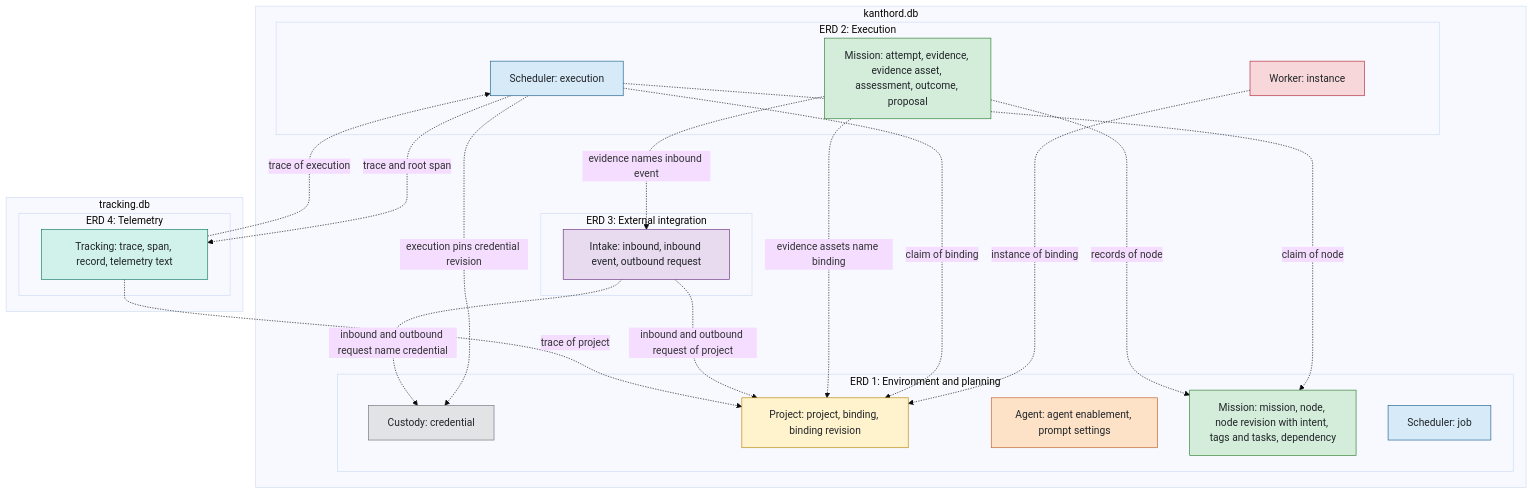
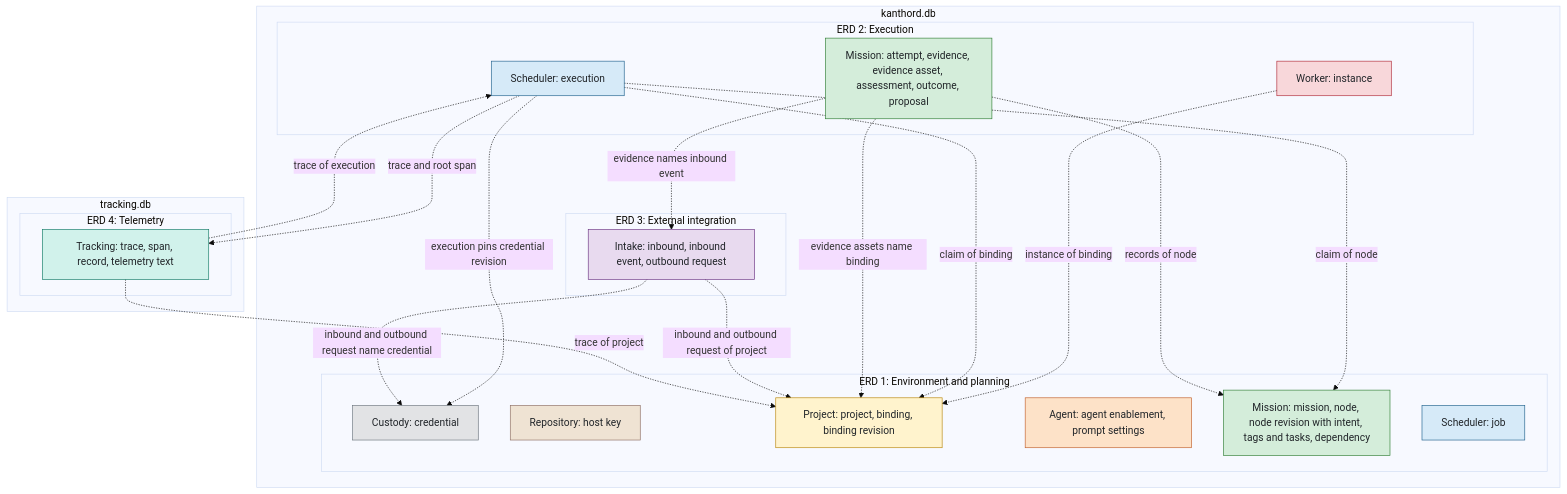
Before and after one commit to kanthorlabs/kanthord: the diagram in docs/reference/erd/README.md, drawn with Mermaid (base theme). The commit also changed other lines of this file and 2 other files, not shown here.

Commit message:
docs(erd): add the repository host key table

````diff
--- a/docs/reference/erd/README.md
+++ b/docs/reference/erd/README.md
@@ -32,58 +32,61 @@
 ```mermaid
 flowchart TB
     subgraph db1["kanthord.db"]
         subgraph v1["ERD 1: Environment and planning"]
             c1["Custody: credential"]
+            r1["Repository: host key"]
             p1["Project: project, binding, binding revision"]
             a1["Agent: agent enablement, prompt settings"]
             m1["Mission: mission, node, node revision with intent, tags and tasks, dependency"]
             s1["Scheduler: job"]
         end
         subgraph v2["ERD 2: Execution"]
             w2["Worker: instance"]
             s2["Scheduler: execution"]
             m2["Mission: attempt, evidence, evidence asset, assessment, outcome, proposal"]
         end
         subgraph v3["ERD 3: External integration"]
             i3["Intake: inbound, inbound event, outbound request"]
         end
     end
     subgraph db2["tracking.db"]
         subgraph v4["ERD 4: Telemetry"]
             t4["Tracking: trace, span, record, telemetry text"]
         end
     end
 
     w2 -.->|instance of binding| p1
     s2 -.->|claim of node| m1
     s2 -.->|claim of binding| p1
     s2 -.->|execution pins credential revision| c1
     m2 -.->|records of node| m1
     m2 -.->|evidence assets name binding| p1
 
     i3 -.->|inbound and outbound request of project| p1
     i3 -.->|inbound and outbound request name credential| c1
     m2 -.->|evidence names inbound event| i3
 
     t4 -.->|trace of execution| s2
     s2 -.->|trace and root span| t4
     t4 -.->|trace of project| p1
 
     classDef custody fill:#e2e3e5,stroke:#6c757d,color:#212529
+    classDef repository fill:#efe3d3,stroke:#8d6e63,color:#212529
     classDef project fill:#fff3cd,stroke:#b8860b,color:#212529
     classDef worker fill:#f8d7da,stroke:#b02a37,color:#212529
     classDef agent fill:#fde2c8,stroke:#c0602b,color:#212529
     classDef mission fill:#d4edda,stroke:#2e7d32,color:#212529
     classDef scheduler fill:#d6eaf8,stroke:#1f618d,color:#212529
     classDef intake fill:#e8daef,stroke:#6c3483,color:#212529
     classDef tracking fill:#d1f2eb,stroke:#117a65,color:#212529
 
     class c1 custody
+    class r1 repository
     class p1 project
     class w2 worker
     class a1 agent
     class m1,m2 mission
     class s1,s2 scheduler
     class i3 intake
     class t4 tracking
 ```
````
